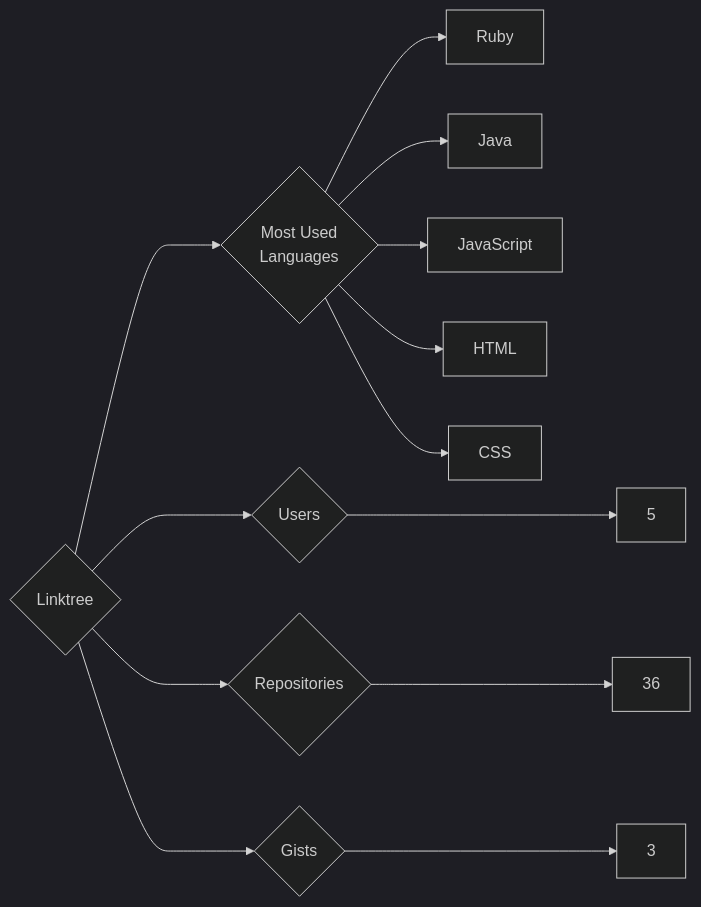
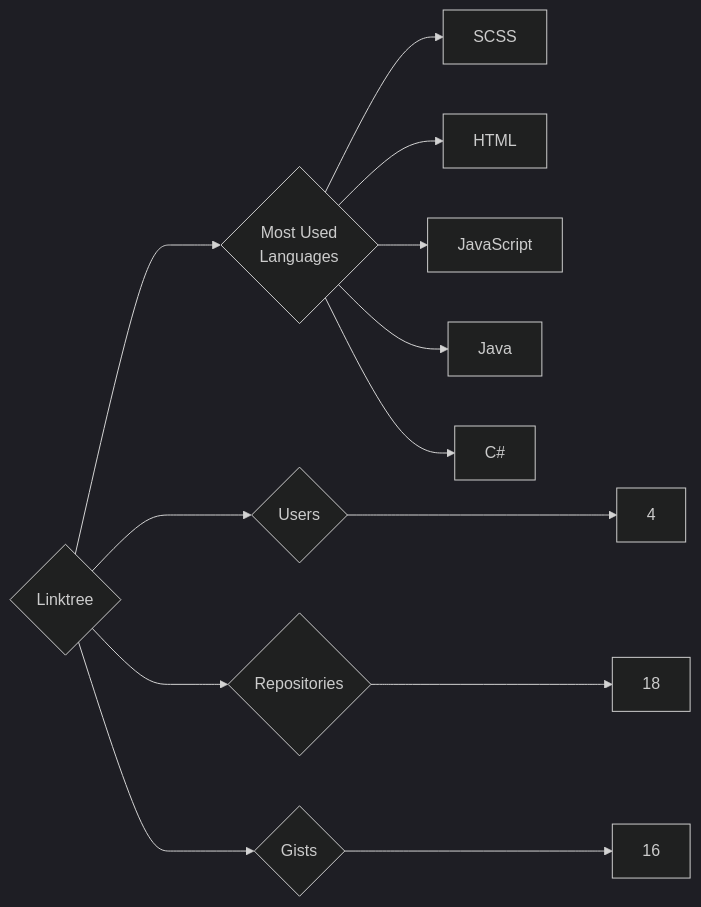
The diagram in targets/Linktree/README.md (trickest/insiders), drawn with Mermaid (dark theme) before and after one commit. The commit also changed 1696 other files, not shown here.

````diff
--- a/targets/Linktree/README.md
+++ b/targets/Linktree/README.md
@@ -3,13 +3,13 @@
 ```mermaid
 graph LR
 COMPANY_NAME{Linktree}
-COMPANY_NAME ---> U{Users} ---> UN[5]
-COMPANY_NAME ---> R{Repositories} ---> RN[36]
-COMPANY_NAME ---> G{Gists} ---> GN[3]
+COMPANY_NAME ---> U{Users} ---> UN[4]
+COMPANY_NAME ---> R{Repositories} ---> RN[18]
+COMPANY_NAME ---> G{Gists} ---> GN[16]
 COMPANY_NAME ---> ML{Most Used<br>Languages}
-ML --> Ruby[Ruby]
+ML --> SCSS[SCSS]
+ML --> HTML[HTML]
+ML --> JavaScript[JavaScript]
 ML --> Java[Java]
-ML --> JavaScript[JavaScript]
-ML --> HTML[HTML]
-ML --> CSS[CSS]
+ML --> C#[C#]
 ```
````
